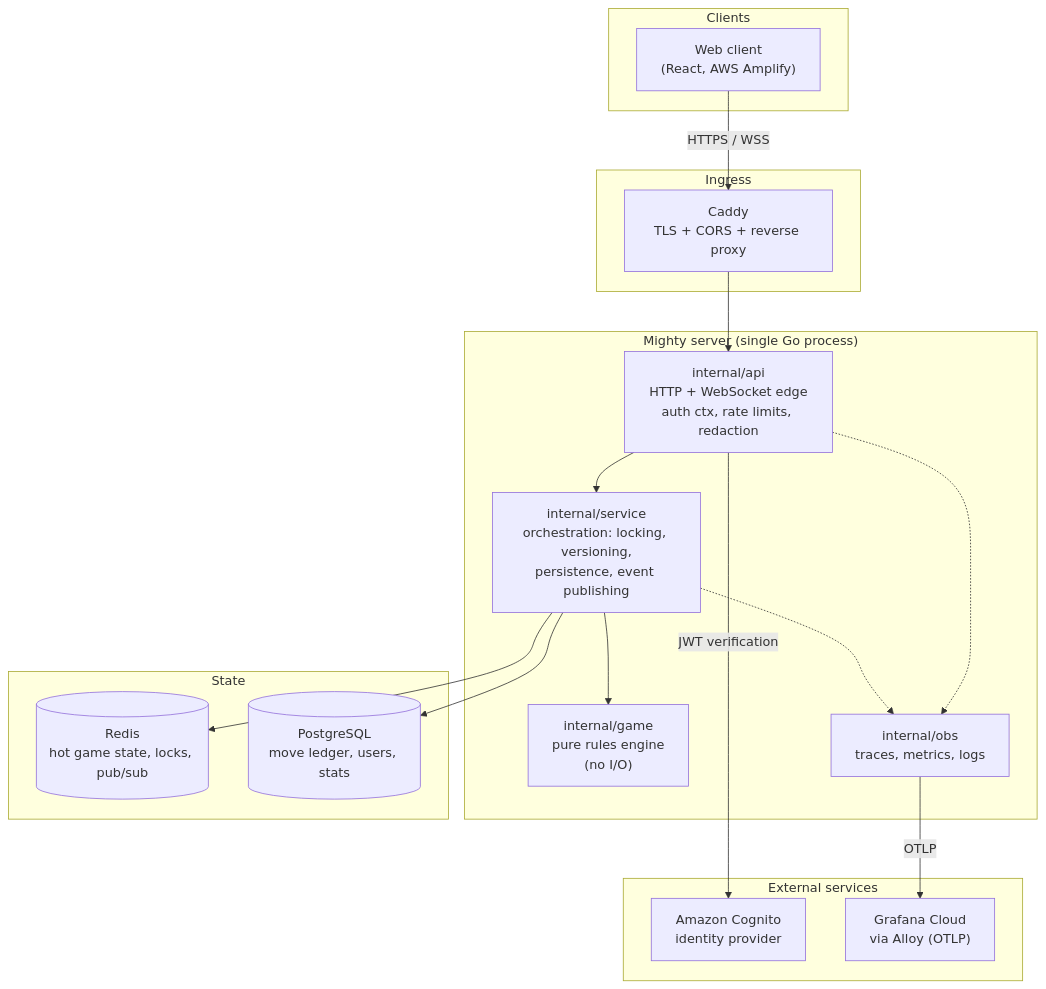
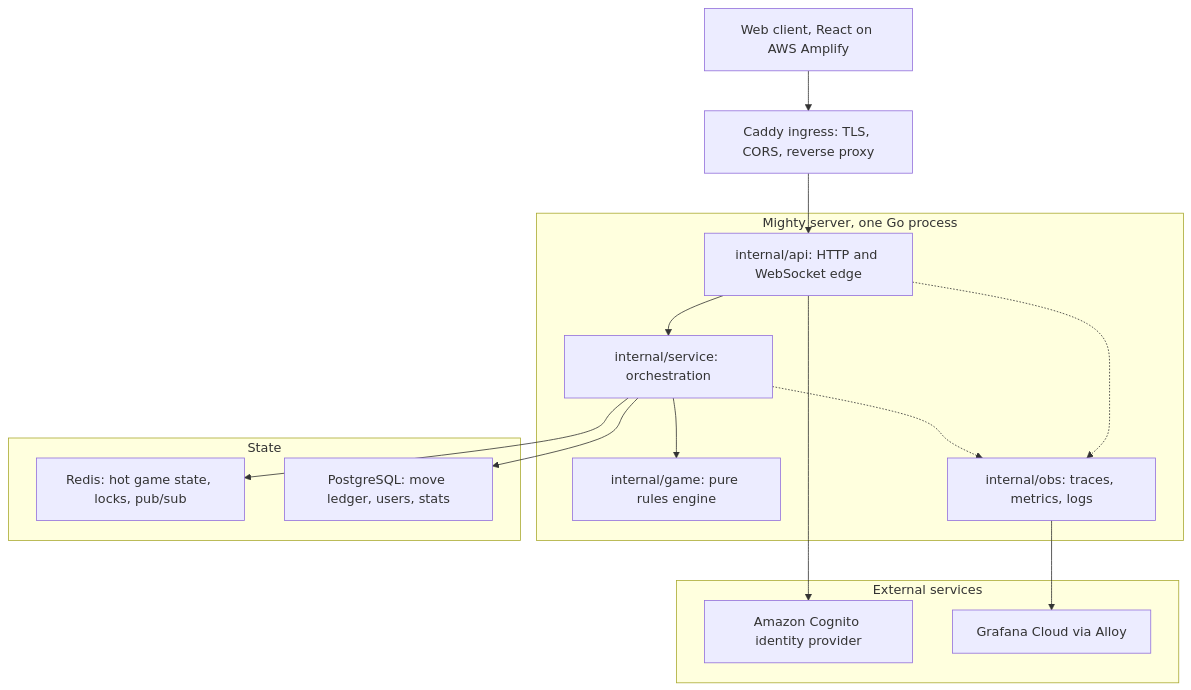
One commit to joekhosbayar/go-mighty changed the first of 5 diagrams in readme.md. Above: the diagram before and after it, drawn with Mermaid. The commit also changed other lines of this file, not shown here.

First line of the commit message:
docs: make readme mermaid diagrams render on github (#57)

````diff
--- a/readme.md
+++ b/readme.md
@@ -19,38 +19,33 @@
 ```mermaid
 graph TB
-    subgraph clients["Clients"]
-        Browser["Web client<br/>(React, AWS Amplify)"]
+    Browser["Web client, React on AWS Amplify"]
+    Caddy["Caddy ingress: TLS, CORS, reverse proxy"]
+
+    subgraph Server["Mighty server, one Go process"]
+        Api["internal/api: HTTP and WebSocket edge"]
+        Svc["internal/service: orchestration"]
+        Engine["internal/game: pure rules engine"]
+        Obs["internal/obs: traces, metrics, logs"]
     end
 
-    subgraph edge["Ingress"]
-        Caddy["Caddy<br/>TLS + CORS + reverse proxy"]
+    subgraph Stores["State"]
+        Redis["Redis: hot game state, locks, pub/sub"]
+        Postgres["PostgreSQL: move ledger, users, stats"]
     end
 
-    subgraph app["Mighty server (single Go process)"]
-        API["internal/api<br/>HTTP + WebSocket edge<br/>auth ctx, rate limits, redaction"]
-        SVC["internal/service<br/>orchestration: locking, versioning,<br/>persistence, event publishing"]
-        GAME["internal/game<br/>pure rules engine<br/>(no I/O)"]
-        OBS["internal/obs<br/>traces, metrics, logs"]
+    subgraph Managed["External services"]
+        Cognito["Amazon Cognito identity provider"]
+        GrafanaCloud["Grafana Cloud via Alloy"]
     end
 
-    subgraph state["State"]
-        Redis[("Redis<br/>hot game state, locks, pub/sub")]
-        PG[("PostgreSQL<br/>move ledger, users, stats")]
-    end
-
-    subgraph ext["External services"]
-        Cognito["Amazon Cognito<br/>identity provider"]
-        Grafana["Grafana Cloud<br/>via Alloy (OTLP)"]
-    end
-
-    Browser -->|"HTTPS / WSS"| Caddy
-    Caddy --> API
-    API --> SVC
-    SVC --> GAME
-    SVC --> Redis
-    SVC --> PG
-    API -->|"JWT verification"| Cognito
-    API -.-> OBS
-    SVC -.-> OBS
-    OBS -->|"OTLP"| Grafana
+    Browser --> Caddy
+    Caddy --> Api
+    Api --> Svc
+    Svc --> Engine
+    Svc --> Redis
+    Svc --> Postgres
+    Api --> Cognito
+    Api -.-> Obs
+    Svc -.-> Obs
+    Obs --> GrafanaCloud
 ```
````
